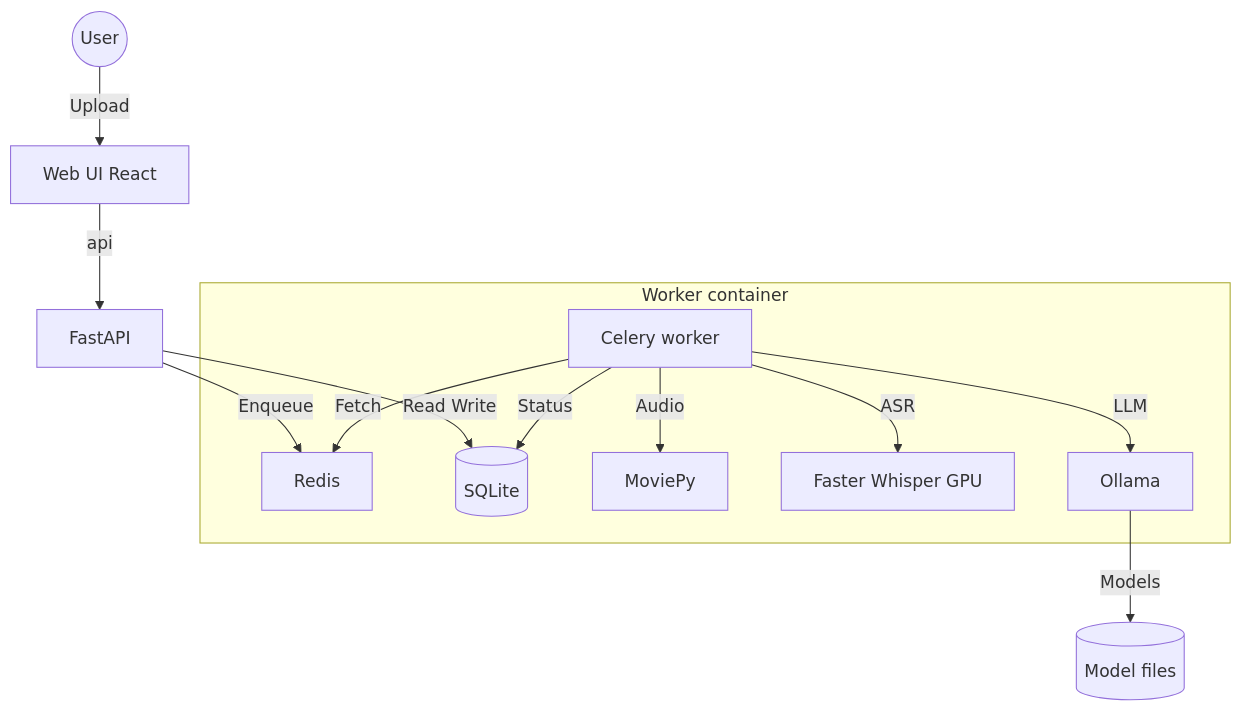
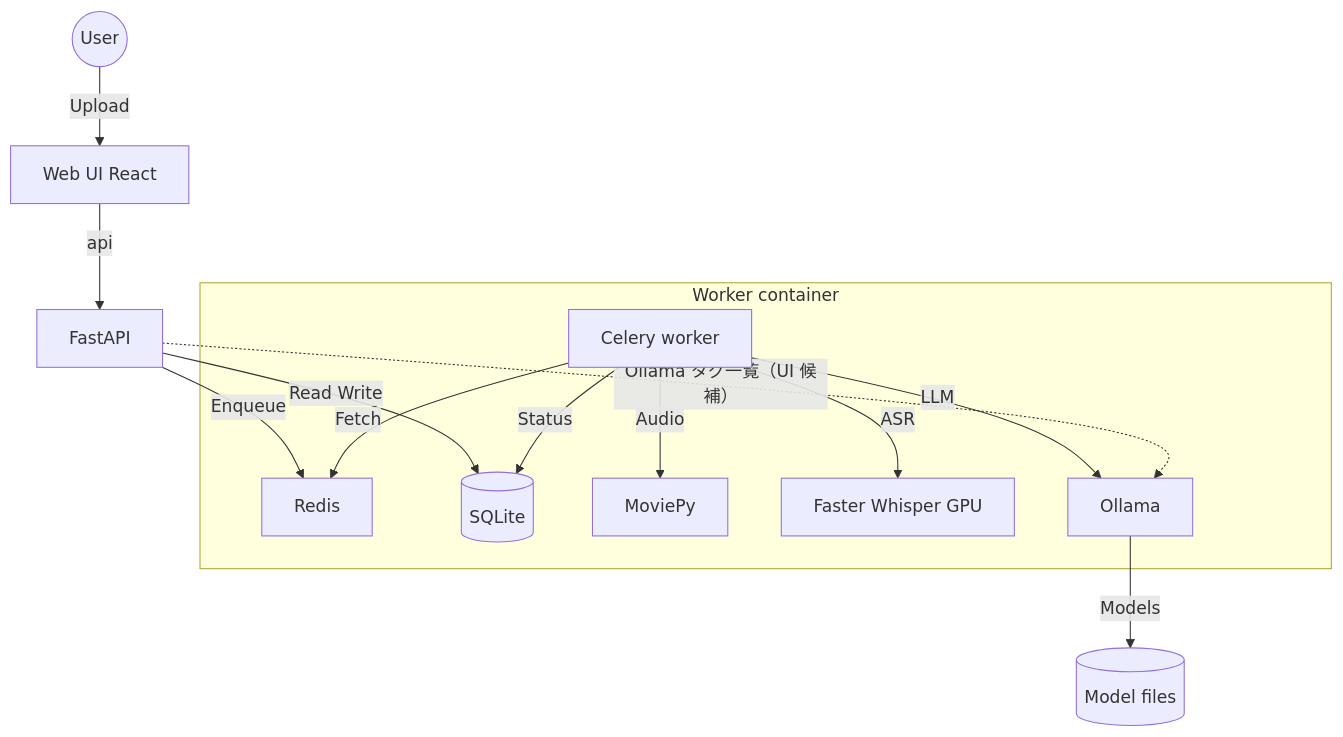
One commit to gt-ynakamatsu/meeting-minutes-generator changed the diagram in document/design_spec.md. Above: the diagram before and after it, drawn with Mermaid. The commit also changed other lines of this file and 17 other files, not shown here.

````diff
--- a/document/design_spec.md
+++ b/document/design_spec.md
@@ -33,18 +35,19 @@
 ```mermaid
 graph TD
     User((User)) -->|Upload| Web["Web UI React"]
     Web -->|api| API["FastAPI"]
     API -->|Enqueue| Redis["Redis"]
     API -->|Read Write| DB[("SQLite")]
     
     subgraph wc["Worker container"]
         Worker["Celery worker"]
         Worker -->|Fetch| Redis
         Worker -->|Audio| MoviePy["MoviePy"]
         Worker -->|ASR| Whisper["Faster Whisper GPU"]
         Worker -->|LLM| Ollama["Ollama"]
         Worker -->|Status| DB
     end
 
+    API -.->|Ollama タグ一覧（UI 候補）| Ollama
     Ollama -->|Models| Models[("Model files")]
 ```
````
